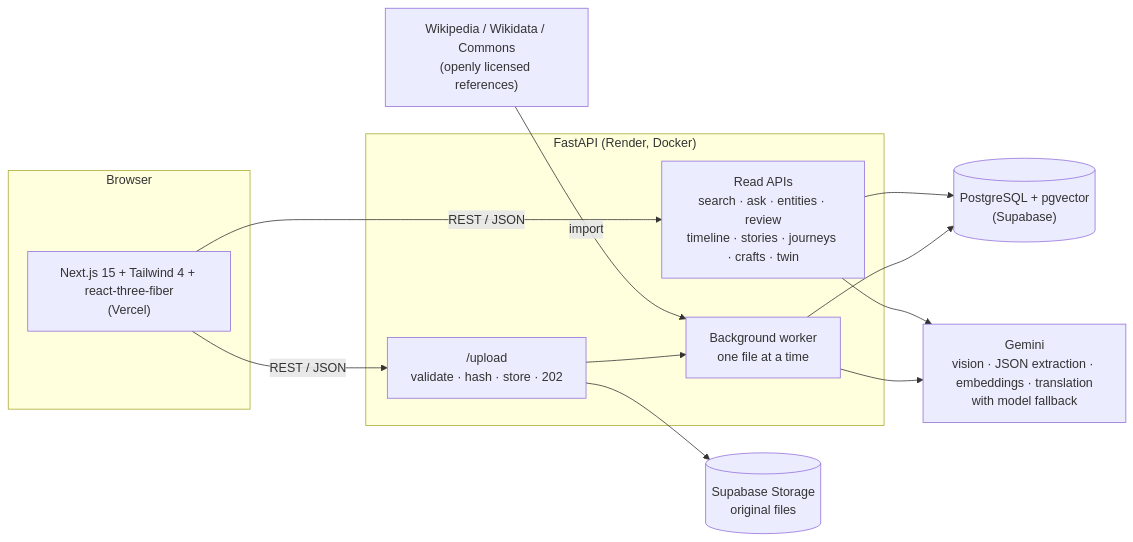
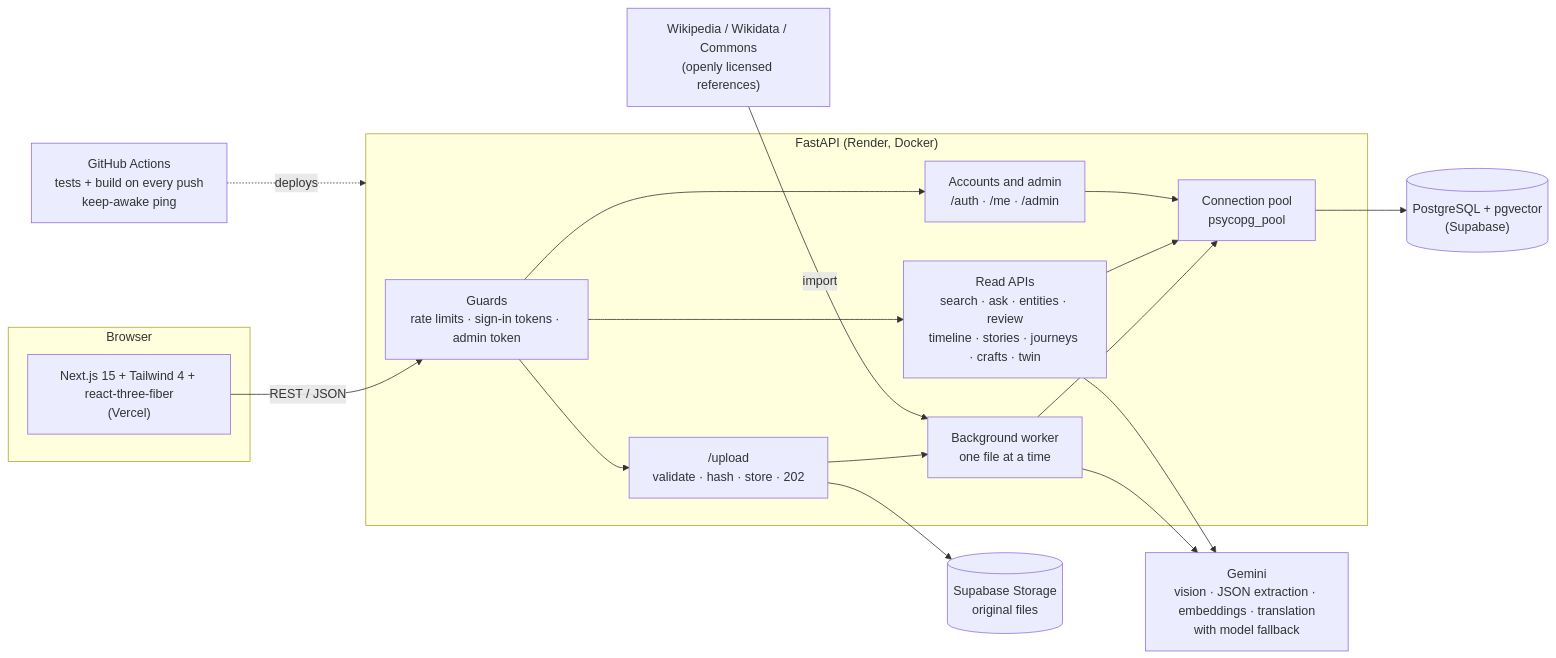
One commit to manaswimahurkar/kathagraph changed the first of 3 diagrams in README.md. Above: the diagram before and after it, drawn with Mermaid. The commit also changed other lines of this file and 12 other files, not shown here.

Commit message:
Audit fixes: guard record edits and merges, fresh diagrams, README up to date, non-root container

````diff
--- a/README.md
+++ b/README.md
@@ -91,25 +93,34 @@
 ```mermaid
 flowchart LR
     subgraph Client["Browser"]
         FE["Next.js 15 + Tailwind 4 + react-three-fiber<br/>(Vercel)"]
     end
     subgraph API["FastAPI (Render, Docker)"]
+        SEC["Guards<br/>rate limits · sign-in tokens · admin token"]
         UP["/upload<br/>validate · hash · store · 202"]
         Q["Background worker<br/>one file at a time"]
         R["Read APIs<br/>search · ask · entities · review<br/>timeline · stories · journeys · crafts · twin"]
+        AC["Accounts and admin<br/>/auth · /me · /admin"]
+        POOL["Connection pool<br/>psycopg_pool"]
     end
+    CI["GitHub Actions<br/>tests + build on every push<br/>keep-awake ping"]
     ST[("Supabase Storage<br/>original files")]
     DB[("PostgreSQL + pgvector<br/>(Supabase)")]
     G["Gemini<br/>vision · JSON extraction · embeddings · translation<br/>with model fallback"]
     WK["Wikipedia / Wikidata / Commons<br/>(openly licensed references)"]
 
-    FE -->|REST / JSON| UP
-    FE -->|REST / JSON| R
+    FE -->|REST / JSON| SEC
+    SEC --> UP
+    SEC --> R
+    SEC --> AC
     UP --> ST
     UP --> Q
     Q --> G
-    Q --> DB
-    R --> DB
+    Q --> POOL
+    R --> POOL
+    AC --> POOL
     R --> G
+    POOL --> DB
     WK -->|import| Q
+    CI -.->|deploys| API
 ```
````
